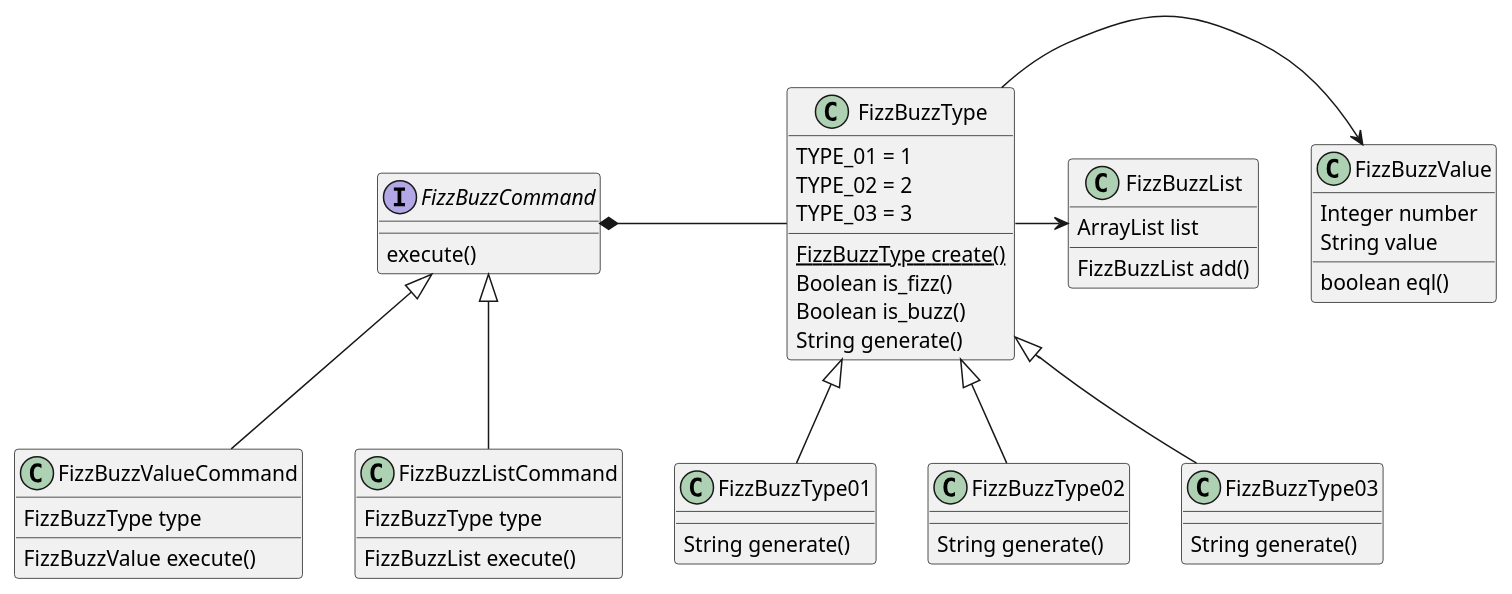
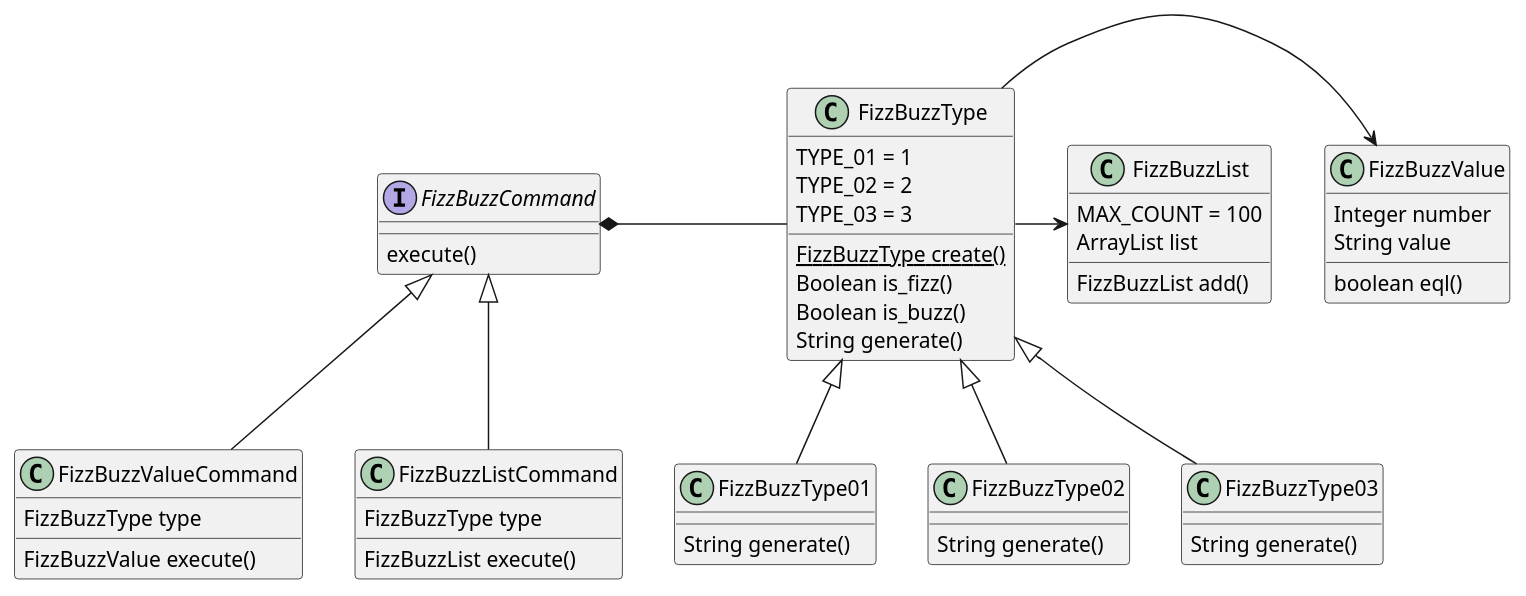
One commit to hiroshima-arc/tdd_rb changed the diagram in docs/src/spec/fizz_buzz.adoc. Above: the diagram before and after it, drawn with PlantUML. The commit also changed 3 other files, not shown here.

Commit message:
docs: クラス図更新

```diff
--- a/docs/src/spec/fizz_buzz.adoc
+++ b/docs/src/spec/fizz_buzz.adoc
@@ -57,57 +57,58 @@
 [plantuml]
 ----
 interface FizzBuzzCommand {
   execute()
 }
 
 class FizzBuzzValueCommand {
   FizzBuzzType type
   FizzBuzzValue execute()
 }
 
 class FizzBuzzListCommand {
   FizzBuzzType type
   FizzBuzzList execute()
 }
 
 class FizzBuzzType {
   TYPE_01 = 1
   TYPE_02 = 2
   TYPE_03 = 3
   FizzBuzzType {static} create()
   Boolean is_fizz()
   Boolean is_buzz()
   String generate()
 }
 
 class FizzBuzzType01 {
   String generate()
 }
 
 class FizzBuzzType02 {
   String generate()
 }
 
 class FizzBuzzType03 {
   String generate()
 }
 
 class FizzBuzzValue {
   Integer number
   String value
   boolean eql()
 }
 
 class FizzBuzzList {
+  MAX_COUNT = 100
   ArrayList list
   FizzBuzzList add()
 }
 FizzBuzzCommand <|-- FizzBuzzValueCommand
 FizzBuzzCommand <|-- FizzBuzzListCommand
 FizzBuzzCommand *- FizzBuzzType
 FizzBuzzType <|-- FizzBuzzType01
 FizzBuzzType <|-- FizzBuzzType02
 FizzBuzzType <|-- FizzBuzzType03
 FizzBuzzType -> FizzBuzzValue
 FizzBuzzType -> FizzBuzzList
 ----
```
